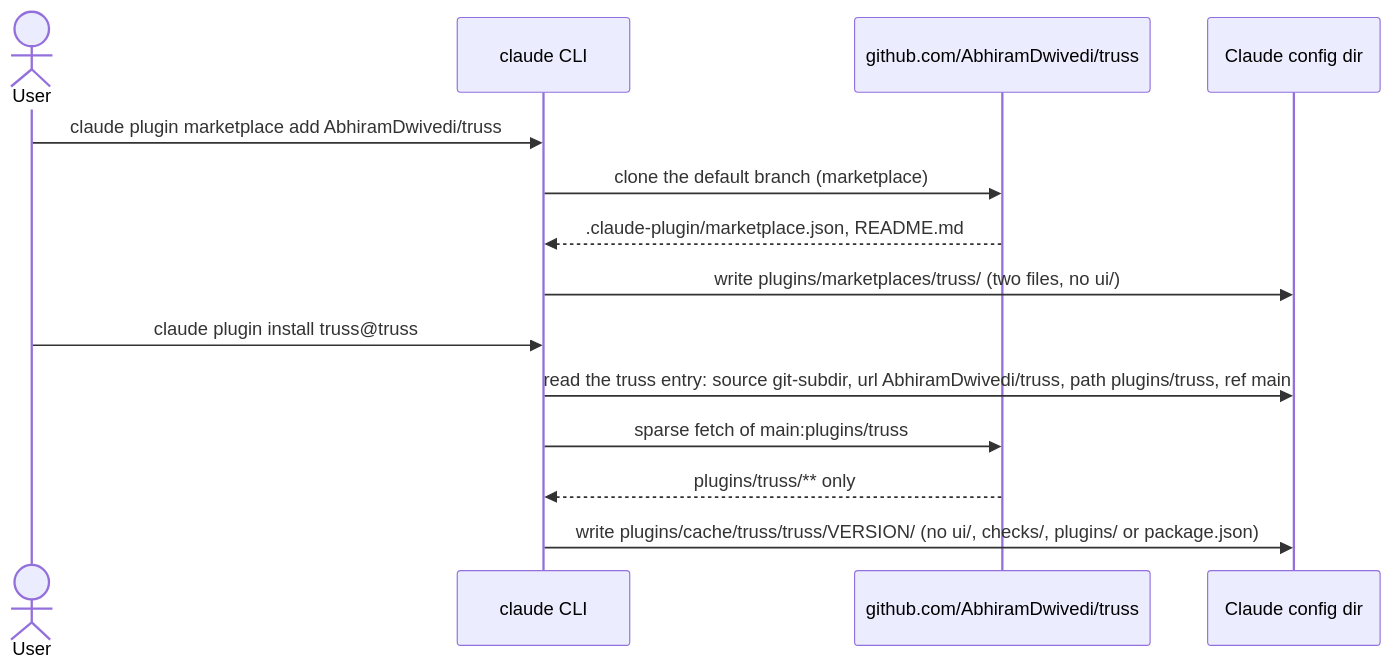
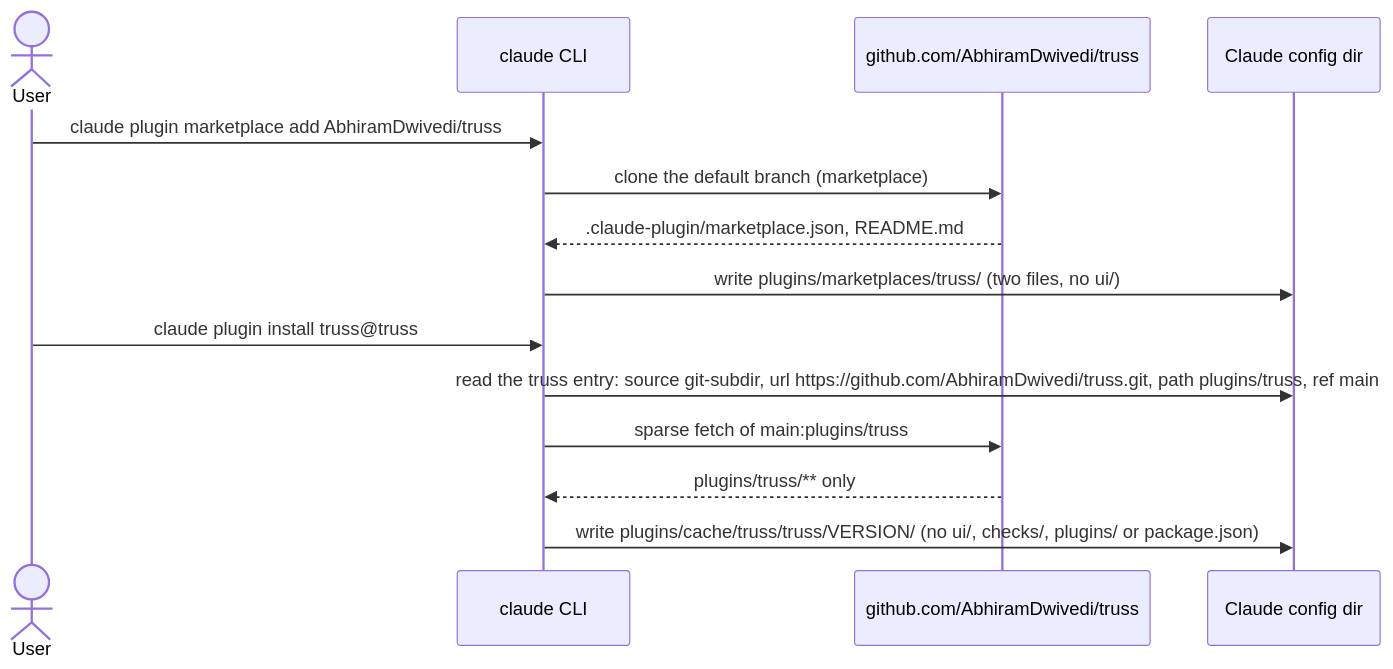
One commit to AbhiramDwivedi/truss changed diagram 22 of 23 in plugins/truss/docs/architecture.md. Above: the diagram before and after it, drawn with Mermaid. The commit also changed other lines of this file and 4 other files, not shown here.

````diff
--- a/plugins/truss/docs/architecture.md
+++ b/plugins/truss/docs/architecture.md
@@ -1248,17 +1248,17 @@
 ```mermaid
 sequenceDiagram
   actor User
   participant CC as claude CLI
   participant GH as github.com/AbhiramDwivedi/truss
   participant Cfg as Claude config dir
 
   User->>CC: claude plugin marketplace add AbhiramDwivedi/truss
   CC->>GH: clone the default branch (marketplace)
   GH-->>CC: .claude-plugin/marketplace.json, README.md
   CC->>Cfg: write plugins/marketplaces/truss/ (two files, no ui/)
   User->>CC: claude plugin install truss@truss
-  CC->>Cfg: read the truss entry: source git-subdir, url AbhiramDwivedi/truss, path plugins/truss, ref main
+  CC->>Cfg: read the truss entry: source git-subdir, url https://github.com/AbhiramDwivedi/truss.git, path plugins/truss, ref main
   CC->>GH: sparse fetch of main:plugins/truss
   GH-->>CC: plugins/truss/** only
   CC->>Cfg: write plugins/cache/truss/truss/VERSION/ (no ui/, checks/, plugins/ or package.json)
 ```
````
